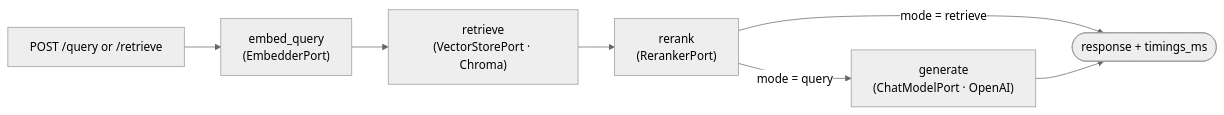
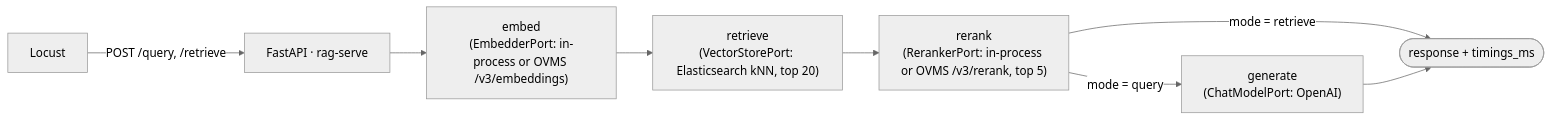
The diagram in rag_load_test/README.md (msobroza/example_needle), drawn with Mermaid (neutral theme) before and after one commit. The commit also changed other lines of this file and 14 other files, not shown here.

````diff
--- a/rag_load_test/README.md
+++ b/rag_load_test/README.md
@@ -23,9 +21,10 @@
 ```mermaid
 flowchart LR
-    Q[POST /query or /retrieve] --> E["embed_query<br/>(EmbedderPort)"]
-    E --> R["retrieve<br/>(VectorStorePort · Chroma)"]
-    R --> K["rerank<br/>(RerankerPort)"]
-    K -->|mode = query| G["generate<br/>(ChatModelPort · OpenAI)"]
+    L[Locust] -->|POST /query, /retrieve| API[FastAPI · rag-serve]
+    API --> E["embed<br/>(EmbedderPort: in-process or OVMS /v3/embeddings)"]
+    E --> R["retrieve<br/>(VectorStorePort: Elasticsearch kNN, top 20)"]
+    R --> K["rerank<br/>(RerankerPort: in-process or OVMS /v3/rerank, top 5)"]
+    K -->|mode = query| G["generate<br/>(ChatModelPort: OpenAI)"]
     K -->|mode = retrieve| Z([response + timings_ms])
     G --> Z
 ```
````
